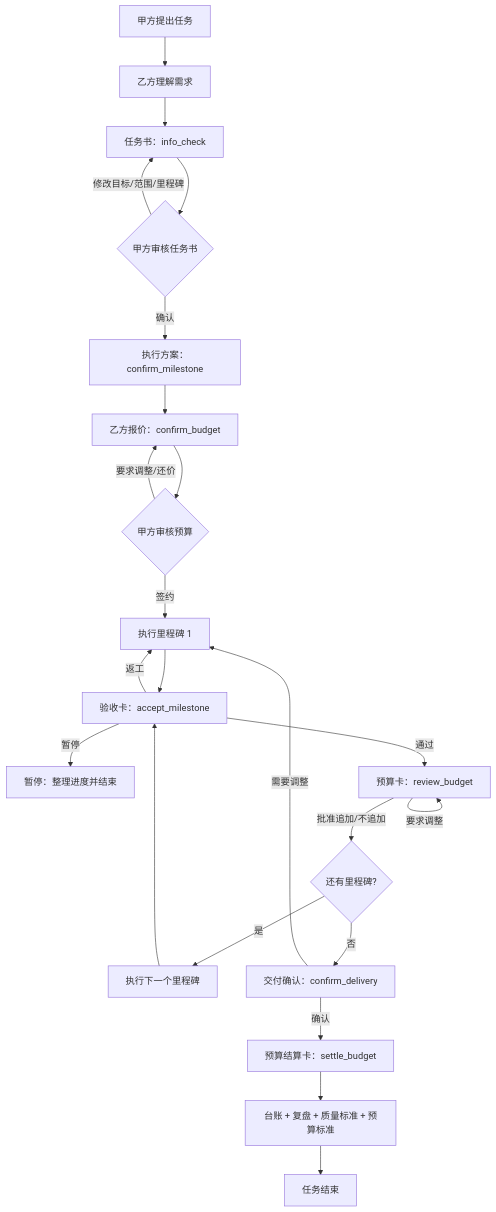
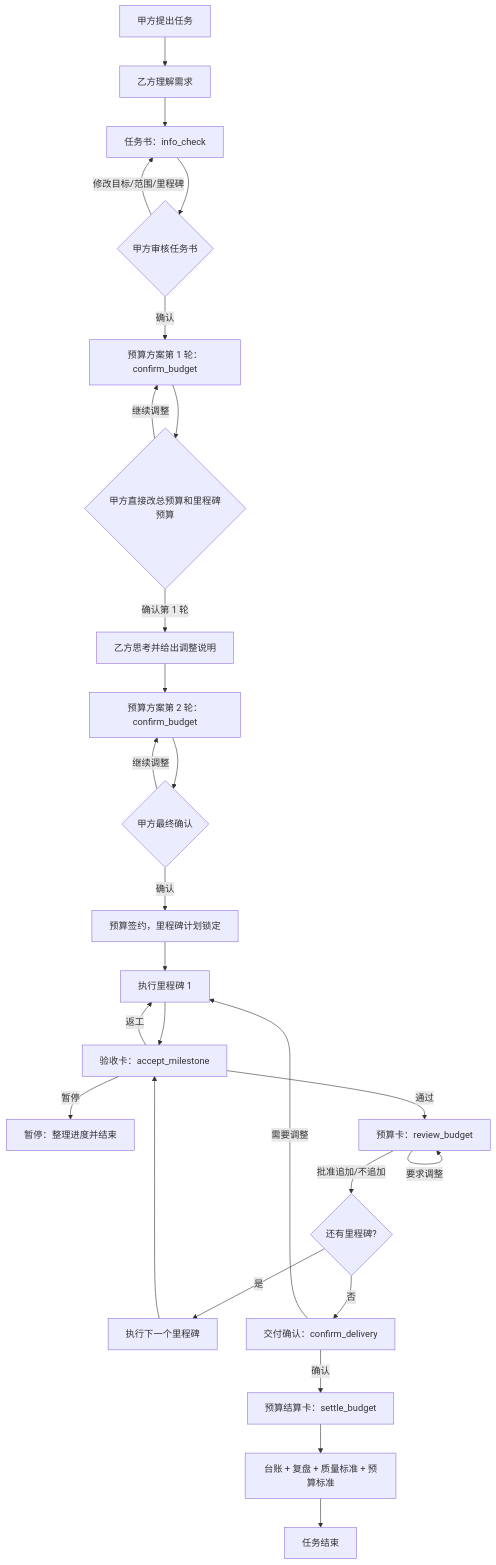
The diagram in docs/FLOW.md (pykkkkk/dsh-info-check), drawn with Mermaid before and after one commit. The commit also changed other lines of this file and 9 other files, not shown here.

Commit message:
Merge milestone and budget confirmation into an editable budget plan

````diff
--- a/docs/FLOW.md
+++ b/docs/FLOW.md
@@ -10,25 +10,29 @@
 ```mermaid
 flowchart TD
   A[甲方提出任务] --> B[乙方理解需求]
   B --> C[任务书：info_check]
   C --> D{甲方审核任务书}
   D -- 修改目标/范围/里程碑 --> C
-  D -- 确认 --> E[执行方案：confirm_milestone]
-  E --> F[乙方报价：confirm_budget]
-  F --> G{甲方审核预算}
-  G -- 要求调整/还价 --> F
-  G -- 签约 --> H[执行里程碑 1]
-  H --> I[验收卡：accept_milestone]
-  I -- 返工 --> H
-  I -- 暂停 --> Z[暂停：整理进度并结束]
-  I -- 通过 --> J[预算卡：review_budget]
-  J -- 要求调整 --> J
-  J -- 批准追加/不追加 --> K{还有里程碑?}
-  K -- 是 --> L[执行下一个里程碑]
-  L --> I
-  K -- 否 --> M[交付确认：confirm_delivery]
-  M -- 需要调整 --> H
-  M -- 确认 --> N[预算结算卡：settle_budget]
-  N --> O[台账 + 复盘 + 质量标准 + 预算标准]
-  O --> P[任务结束]
+  D -- 确认 --> E[预算方案第 1 轮：confirm_budget]
+  E --> F{甲方直接改总预算和里程碑预算}
+  F -- 继续调整 --> E
+  F -- 确认第 1 轮 --> G[乙方思考并给出调整说明]
+  G --> H[预算方案第 2 轮：confirm_budget]
+  H --> I{甲方最终确认}
+  I -- 继续调整 --> H
+  I -- 确认 --> J[预算签约，里程碑计划锁定]
+  J --> K[执行里程碑 1]
+  K --> L[验收卡：accept_milestone]
+  L -- 返工 --> K
+  L -- 暂停 --> Z[暂停：整理进度并结束]
+  L -- 通过 --> M[预算卡：review_budget]
+  M -- 要求调整 --> M
+  M -- 批准追加/不追加 --> N{还有里程碑?}
+  N -- 是 --> O[执行下一个里程碑]
+  O --> L
+  N -- 否 --> P[交付确认：confirm_delivery]
+  P -- 需要调整 --> K
+  P -- 确认 --> Q[预算结算卡：settle_budget]
+  Q --> R[台账 + 复盘 + 质量标准 + 预算标准]
+  R --> S[任务结束]
 ```
````
